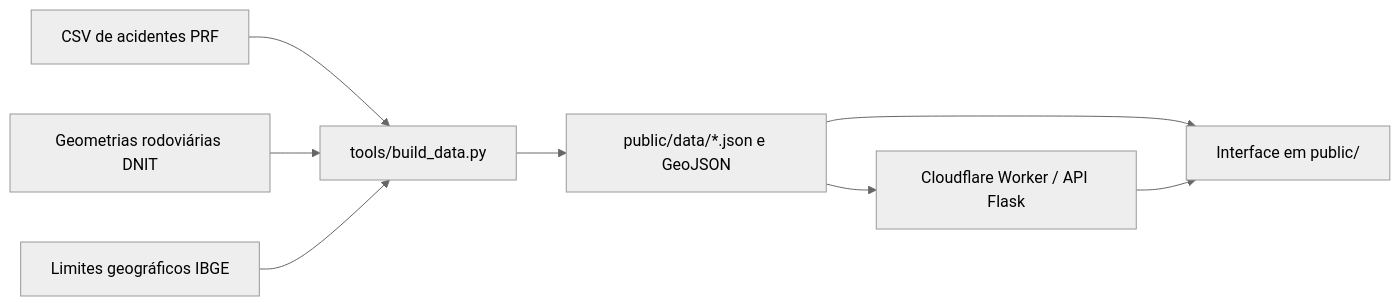
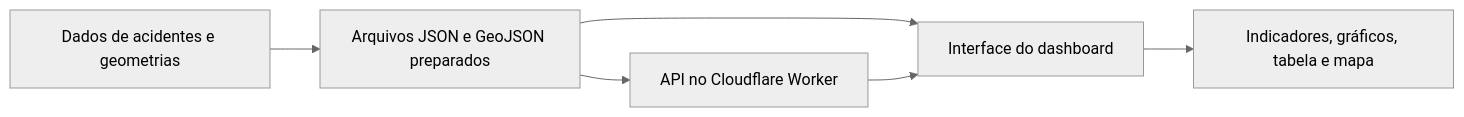
Before and after one commit to guig7/Dashboard_acidentes: the diagram in README.md, drawn with Mermaid (neutral theme). The commit also changed other lines of this file, not shown here.

Commit message:
Document dashboard functionality

````diff
--- a/README.md
+++ b/README.md
@@ -18,10 +45,8 @@
 ```mermaid
 flowchart LR
-    CSV[CSV de acidentes PRF] --> BUILD[tools/build_data.py]
-    DNIT[Geometrias rodoviárias DNIT] --> BUILD
-    IBGE[Limites geográficos IBGE] --> BUILD
-    BUILD --> ASSETS[public/data/*.json e GeoJSON]
-    ASSETS --> WORKER[Cloudflare Worker / API Flask]
-    ASSETS --> FRONTEND[Interface em public/]
-    WORKER --> FRONTEND
+    FONTES[Dados de acidentes e geometrias] --> PREP[Arquivos JSON e GeoJSON preparados]
+    PREP --> API[API no Cloudflare Worker]
+    PREP --> SITE[Interface do dashboard]
+    API --> SITE
+    SITE --> VIS[Indicadores, gráficos, tabela e mapa]
 ```
````
